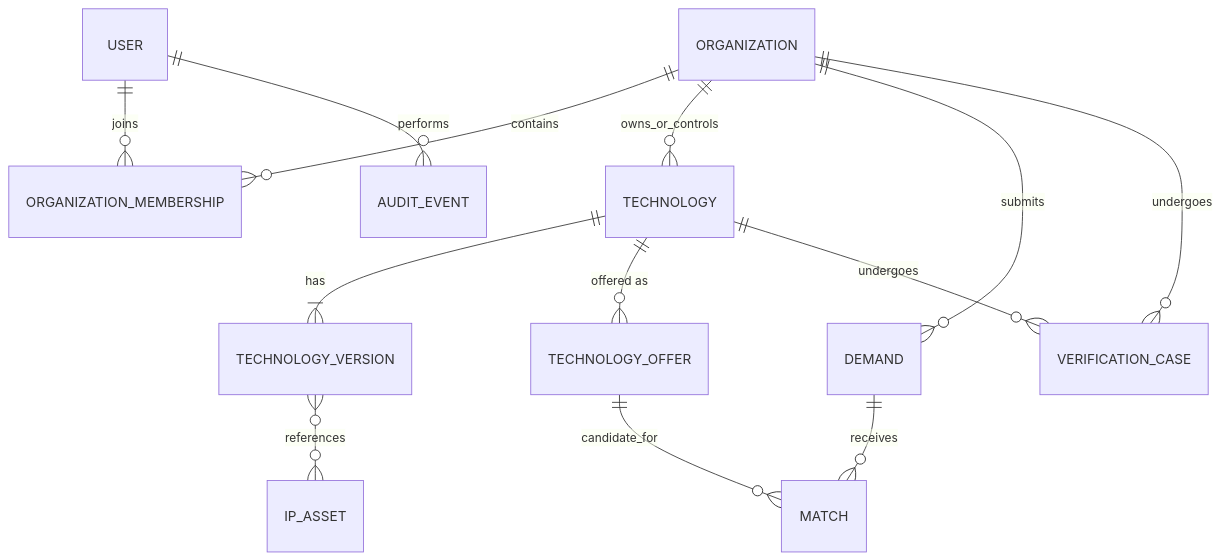
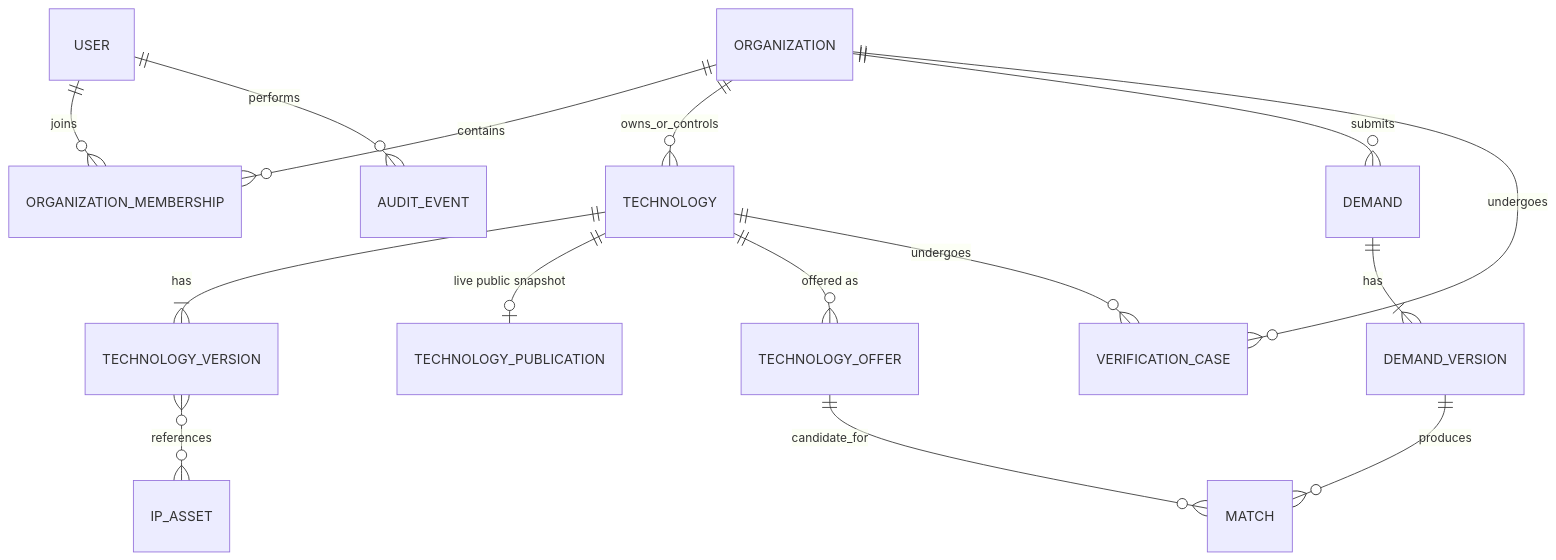
One commit to greensoft-atom/tex-platform changed the third of 21 diagrams in 05-system-design-blueprint.md. Above: the diagram before and after it, drawn with Mermaid. The commit also changed other lines of this file and 615 other files, not shown here.

````diff
--- a/05-system-design-blueprint.md
+++ b/05-system-design-blueprint.md
@@ -223,15 +255,17 @@
 ```mermaid
 erDiagram
     USER ||--o{ ORGANIZATION_MEMBERSHIP : joins
     ORGANIZATION ||--o{ ORGANIZATION_MEMBERSHIP : contains
     ORGANIZATION ||--o{ TECHNOLOGY : owns_or_controls
     ORGANIZATION ||--o{ DEMAND : submits
     TECHNOLOGY ||--|{ TECHNOLOGY_VERSION : has
+    TECHNOLOGY ||--o| TECHNOLOGY_PUBLICATION : "live public snapshot"
     TECHNOLOGY_VERSION }o--o{ IP_ASSET : references
     TECHNOLOGY ||--o{ TECHNOLOGY_OFFER : "offered as"
     TECHNOLOGY ||--o{ VERIFICATION_CASE : undergoes
     ORGANIZATION ||--o{ VERIFICATION_CASE : undergoes
-    DEMAND ||--o{ MATCH : receives
+    DEMAND ||--|{ DEMAND_VERSION : has
+    DEMAND_VERSION ||--o{ MATCH : produces
     TECHNOLOGY_OFFER ||--o{ MATCH : candidate_for
     USER ||--o{ AUDIT_EVENT : performs
 ```
````
